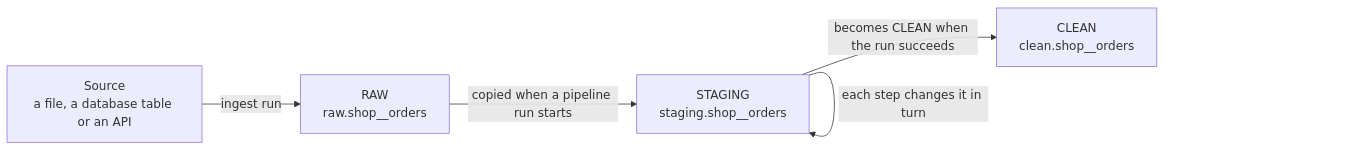
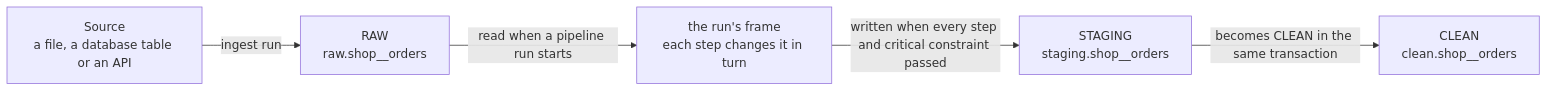
Before and after one commit to williammgb/universal-data-pipeline: the diagram in docs/stages-and-pipelines.md, drawn with Mermaid. The commit also changed other lines of this file and 20 other files, not shown here.

````diff
--- a/docs/stages-and-pipelines.md
+++ b/docs/stages-and-pipelines.md
@@ -7,11 +7,11 @@
 ```mermaid
 flowchart LR
     S["Source<br/>a file, a database table or an API"]
     R["RAW<br/>raw.shop__orders"]
     G["STAGING<br/>staging.shop__orders"]
     C["CLEAN<br/>clean.shop__orders"]
     S -- "ingest run" --> R
-    R -- "copied when a pipeline run starts" --> G
-    G -- "each step changes it in turn" --> G
-    G -- "becomes CLEAN when the run succeeds" --> C
+    R -- "read when a pipeline run starts" --> F["the run's frame<br/>each step changes it in turn"]
+    F -- "written when every step and critical constraint passed" --> G
+    G -- "becomes CLEAN in the same transaction" --> C
 ```
````
